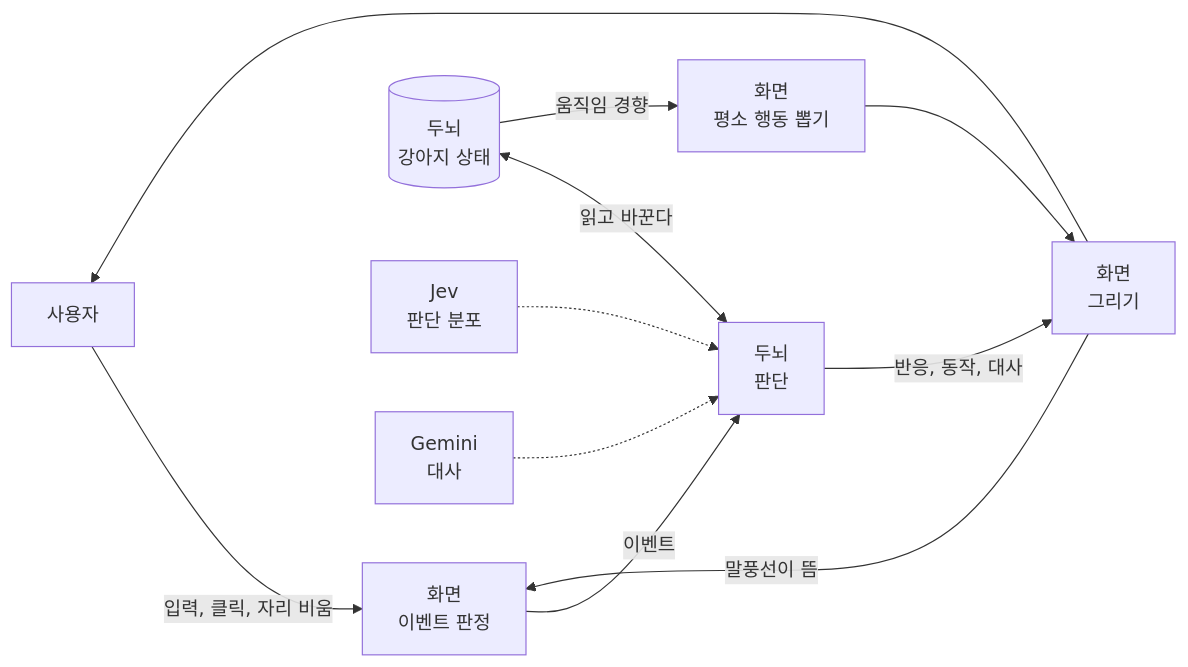
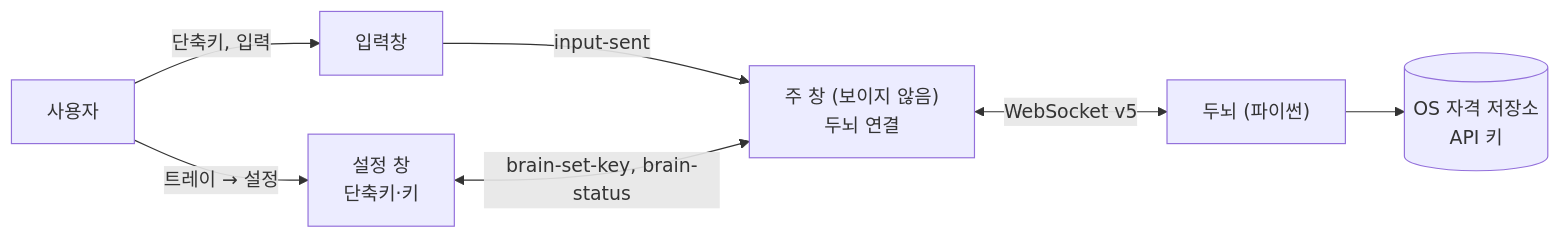
One commit to HEOSEONGILml/AssistantChatBot changed the diagram in ARCHITECTURE.md. Above: the diagram before and after it, drawn with Mermaid. The commit also changed other lines of this file and 258 other files, not shown here.

````diff
--- a/ARCHITECTURE.md
+++ b/ARCHITECTURE.md
@@ -9,13 +9,9 @@
 ```mermaid
 flowchart LR
-  U["사용자"] -->|"입력, 클릭, 자리 비움"| DET["화면<br>이벤트 판정"]
-  DET -->|"이벤트"| DEC["두뇌<br>판단"]
-  ST[("두뇌<br>강아지 상태")] <-->|"읽고 바꾼다"| DEC
-  JEV["Jev<br>판단 분포"] -.-> DEC
-  GEM["Gemini<br>대사"] -.-> DEC
-  DEC -->|"반응, 동작, 대사"| OUT["화면<br>그리기"]
-  ST -->|"움직임 경향"| BEH["화면<br>평소 행동 뽑기"]
-  BEH --> OUT
-  OUT --> U
-  OUT -->|"말풍선이 뜸"| DET
+  U["사용자"] -->|"단축키, 입력"| IN["입력창"]
+  U -->|"트레이 → 설정"| SET["설정 창<br>단축키·키"]
+  IN -->|"input-sent"| MAIN["주 창 (보이지 않음)<br>두뇌 연결"]
+  SET <-->|"brain-set-key, brain-status"| MAIN
+  MAIN <-->|"WebSocket v5"| B["두뇌 (파이썬)"]
+  B --> K[("OS 자격 저장소<br>API 키")]
 ```
````
